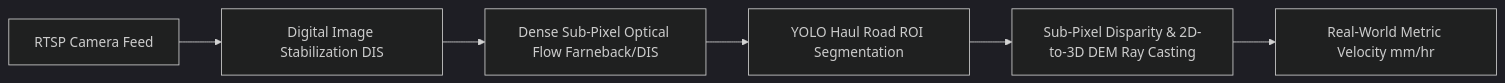
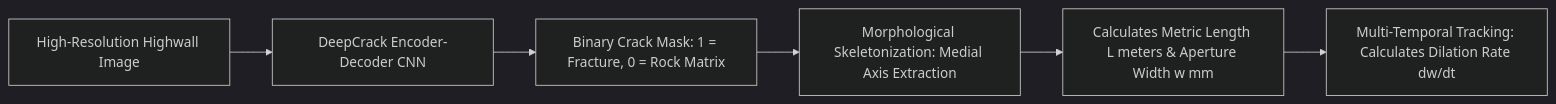
The fourth of 10 diagrams in docs/20_Computer_Vision.md (angelverman2021-a11y/Report), drawn with Mermaid (dark theme) before and after one commit. The commit also changed other lines of this file, not shown here.

````diff
--- a/docs/20_Computer_Vision.md
+++ b/docs/20_Computer_Vision.md
@@ -16,8 +159,8 @@
 ```mermaid
 flowchart LR
-    A[RTSP Camera Feed] --> B[Digital Image Stabilization DIS]
-    B --> C[Dense Sub-Pixel Optical Flow Farneback/DIS]
-    C --> D[YOLO Haul Road ROI Segmentation]
-    D --> E[Sub-Pixel Disparity & 2D-to-3D DEM Ray Casting]
-    E --> F[Real-World Metric Velocity mm/hr]
+    FRAME[High-Resolution Highwall Image] --> DCRACK[DeepCrack Encoder-Decoder CNN]
+    DCRACK --> BIN_MASK[Binary Crack Mask: 1 = Fracture, 0 = Rock Matrix]
+    BIN_MASK --> SKEL[Morphological Skeletonization: Medial Axis Extraction]
+    SKEL --> METRIC[Calculates Metric Length L meters & Aperture Width w mm]
+    METRIC --> TEMPORAL[Multi-Temporal Tracking: Calculates Dilation Rate dw/dt]
 ```
````
